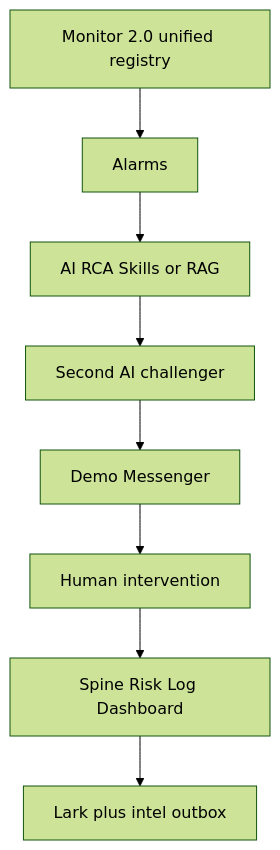
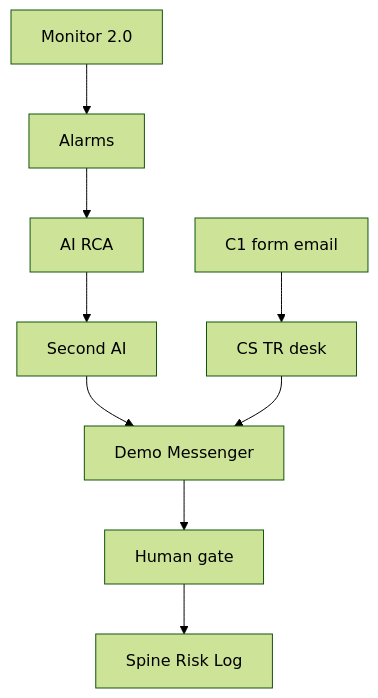
One commit to hxyan2020/PRD changed the first of 7 diagrams in platform/docs/TSD.md. Above: the diagram before and after it, drawn with Mermaid (forest theme). The commit also changed other lines of this file and 31 other files, not shown here.

````diff
--- a/platform/docs/TSD.md
+++ b/platform/docs/TSD.md
@@ -47,10 +47,11 @@
 ```mermaid
 graph TD
-  Mon[Monitor 2.0 unified registry] --> Alarm[Alarms]
-  Alarm --> Rca[AI RCA Skills or RAG]
-  Rca --> Ch[Second AI challenger]
+  Mon[Monitor 2.0] --> Alarm[Alarms]
+  Alarm --> Rca[AI RCA]
+  Rca --> Ch[Second AI]
   Ch --> Msg[Demo Messenger]
-  Msg --> Gate[Human intervention]
-  Gate --> Spine[Spine Risk Log Dashboard]
-  Spine --> Out[Lark plus intel outbox]
+  Client[C1 form email] --> Cs[CS TR desk]
+  Cs --> Msg
+  Msg --> Gate[Human gate]
+  Gate --> Spine[Spine Risk Log]
 ```
````
